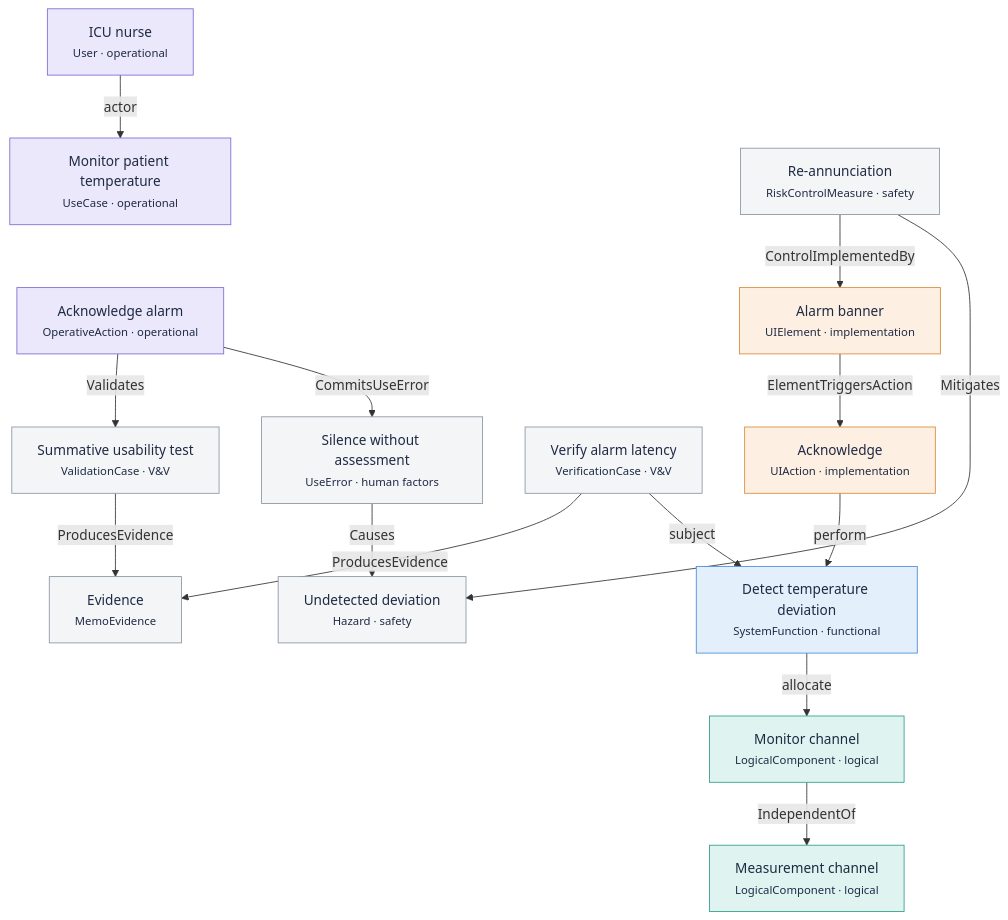
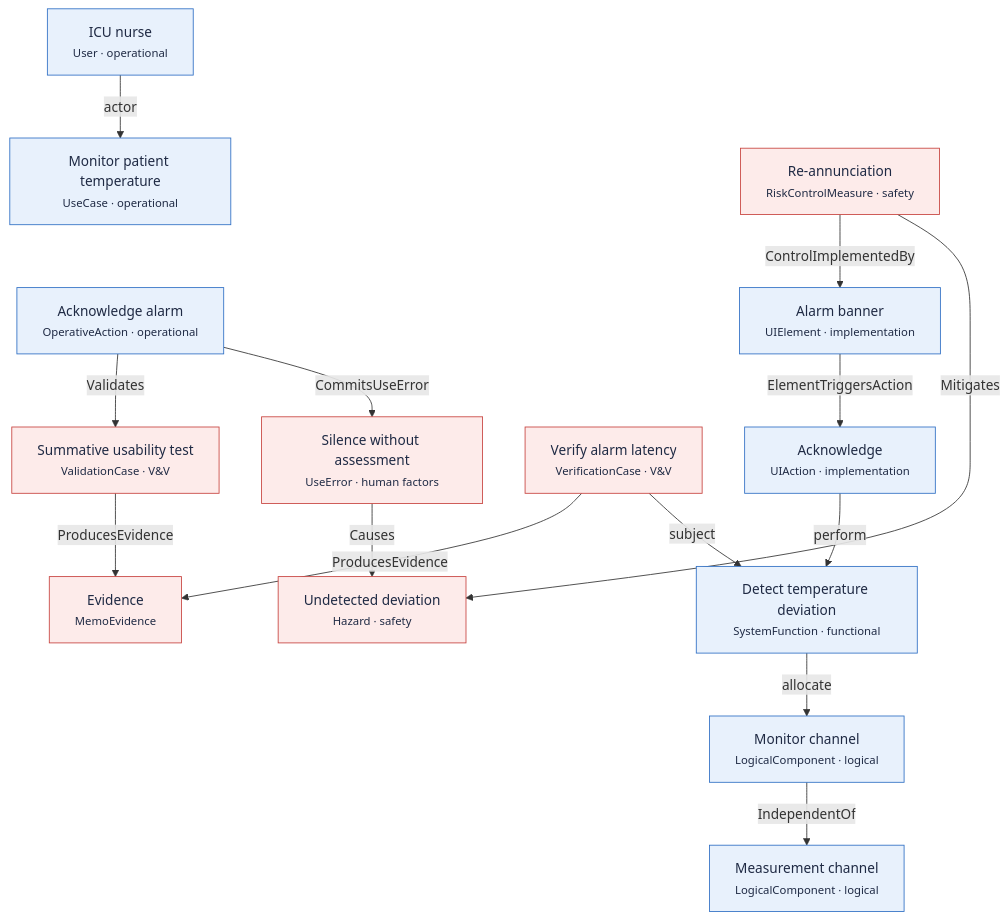
One commit to memoarchitect/memo changed the diagram in docs/ontology/index.md. Above: the diagram before and after it, drawn with Mermaid. The commit also changed other lines of this file and 22 other files, not shown here.

````diff
--- a/docs/ontology/index.md
+++ b/docs/ontology/index.md
@@ -98,36 +62,36 @@
 ```mermaid
 flowchart TB
   nurse["ICU nurse<br/><small>User · operational</small>"]:::op
   uc["Monitor patient temperature<br/><small>UseCase · operational</small>"]:::op
   task["Acknowledge alarm<br/><small>OperativeAction · operational</small>"]:::op
   fn["Detect temperature deviation<br/><small>SystemFunction · functional</small>"]:::fn
   mon["Monitor channel<br/><small>LogicalComponent · logical</small>"]:::lg
   pri["Measurement channel<br/><small>LogicalComponent · logical</small>"]:::lg
   ack["Acknowledge<br/><small>UIAction · implementation</small>"]:::im
   banner["Alarm banner<br/><small>UIElement · implementation</small>"]:::im
   ue["Silence without assessment<br/><small>UseError · human factors</small>"]:::as
   hz["Undetected deviation<br/><small>Hazard · safety</small>"]:::as
   rc["Re-annunciation<br/><small>RiskControlMeasure · safety</small>"]:::as
   vc["Verify alarm latency<br/><small>VerificationCase · V&V</small>"]:::as
   val["Summative usability test<br/><small>ValidationCase · V&V</small>"]:::as
   ev["Evidence<br/><small>MemoEvidence</small>"]:::as
   nurse -->|actor| uc
   uc ~~~ task
   task -->|CommitsUseError| ue
   ue -->|Causes| hz
   rc -->|Mitigates| hz
   rc -->|ControlImplementedBy| banner
   banner -->|ElementTriggersAction| ack
   ack -->|perform| fn
   fn -->|allocate| mon
   mon -->|IndependentOf| pri
   vc -->|subject| fn
   task -->|Validates| val
   vc -->|ProducesEvidence| ev
   val -->|ProducesEvidence| ev
-  classDef op fill:#ece8fb,stroke:#7c6bd6,color:#1f2a44
-  classDef fn fill:#e3effb,stroke:#4a8bd6,color:#1f2a44
-  classDef lg fill:#dff4f0,stroke:#2f9e8b,color:#1f2a44
-  classDef im fill:#fdf0e2,stroke:#d98a3a,color:#1f2a44
-  classDef as fill:#f4f5f7,stroke:#8a96a3,color:#1f2a44
+  classDef op fill:#e8f1fc,stroke:#2f6fc4,color:#1f2a44
+  classDef fn fill:#e8f1fc,stroke:#2f6fc4,color:#1f2a44
+  classDef lg fill:#e8f1fc,stroke:#2f6fc4,color:#1f2a44
+  classDef im fill:#e8f1fc,stroke:#2f6fc4,color:#1f2a44
+  classDef as fill:#fdebea,stroke:#c7433f,color:#1f2a44
 ```
````
